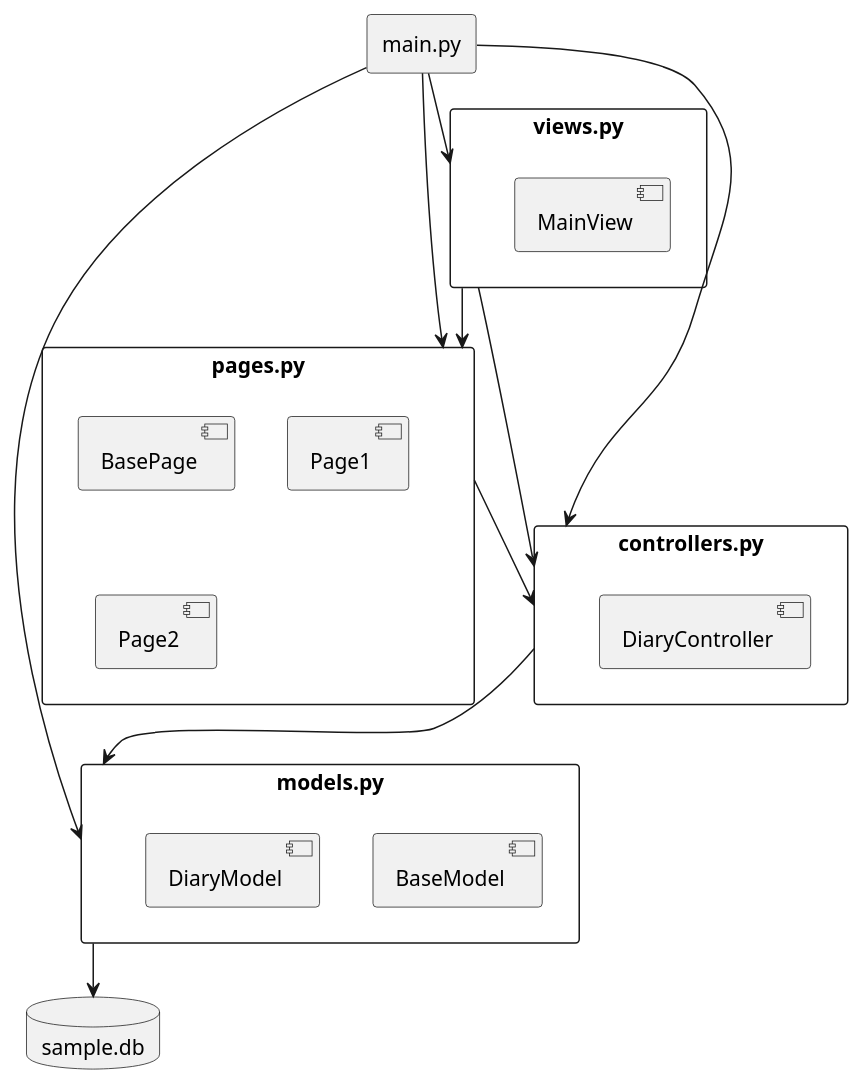
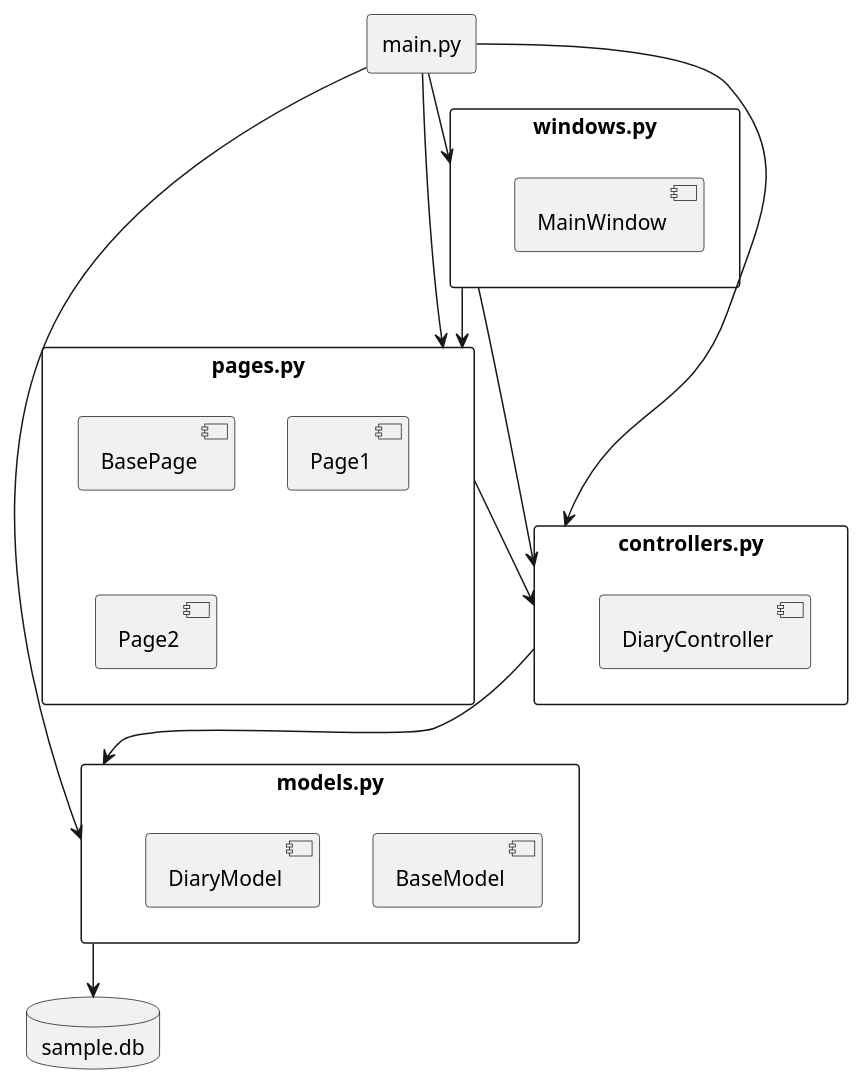
The diagram in 設計/module.pu (homan05872/Template_customtkinter_mvc), drawn with PlantUML before and after one commit. The commit also changed 35 other files, not shown here.

```diff
--- a/設計/module.pu
+++ b/設計/module.pu
@@ -1,41 +1,41 @@
 @startuml name
 skinparam packageStyle rectangle
 
 ' モジュールをパッケージとして定義
 package "main.py" {
 }
 
 package "controllers.py" {
     [DiaryController]
 }
 
 package "models.py" {
     [BaseModel]
     [DiaryModel]
 }
 
-package "views.py" {
-    [MainView]
+package "windows.py" {
+    [MainWindow]
 }
 
 package "pages.py" {
     [BasePage]
     [Page1]
     [Page2]
 }
 
 database "sample.db" as DB
 
 ' 依存関係を定義
 "main.py" --> "controllers.py"
 "main.py" --> "models.py"
-"main.py" --> "views.py"
+"main.py" --> "windows.py"
 "main.py" --> "pages.py"
 
 "controllers.py" --> "models.py"
-"views.py" --> "controllers.py"
-"views.py" --> "pages.py"
+"windows.py" --> "controllers.py"
+"windows.py" --> "pages.py"
 
 "pages.py" --> "controllers.py"
 "models.py" --> DB
 @enduml
```
